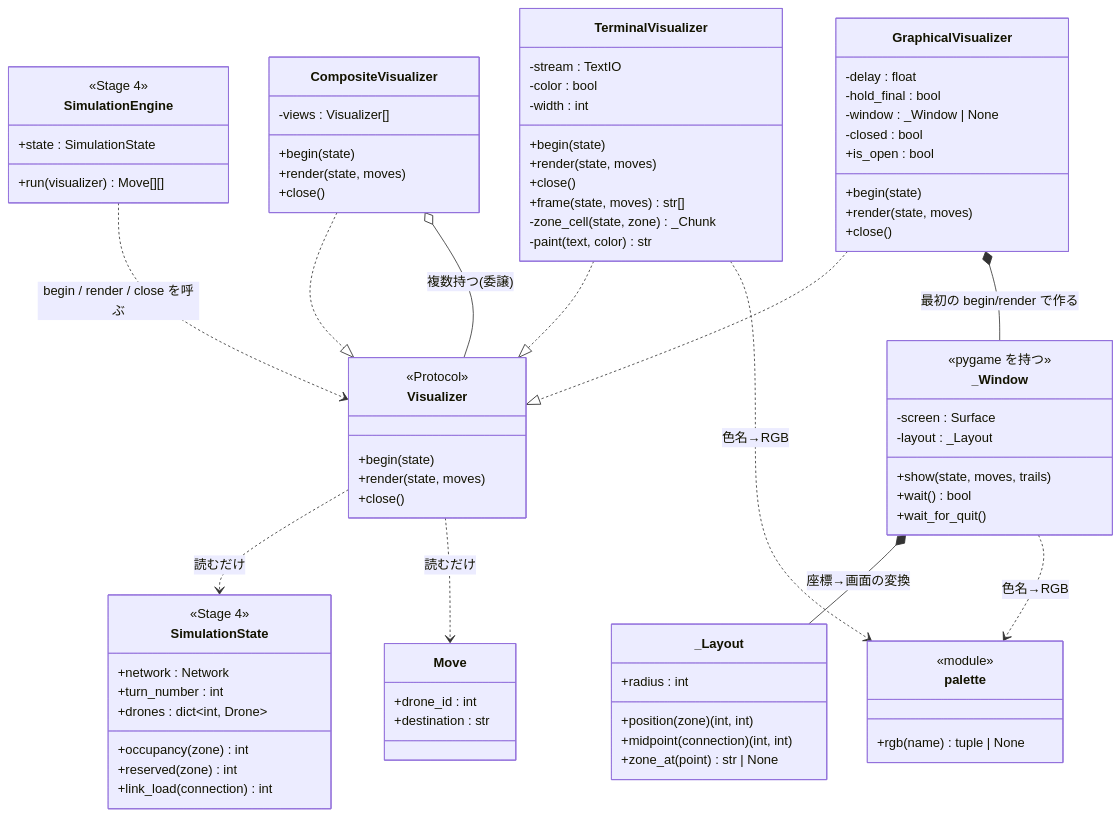
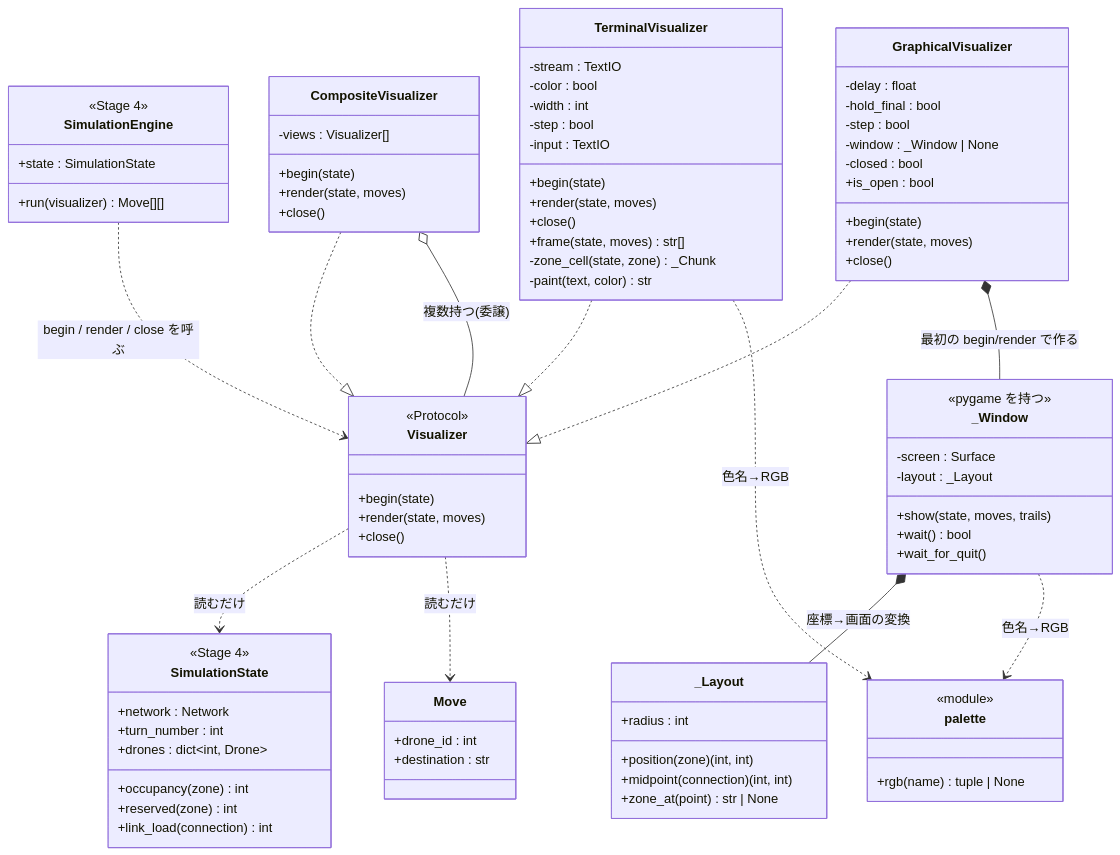
One commit to saikawakiruya-droid/fly_in changed the first of 3 diagrams in docs/research/2026-10-17_workflow-stage7-visualization.md. Above: the diagram before and after it, drawn with Mermaid. The commit also changed other lines of this file and 1 other file, not shown here.

Commit message:
Record the 2026-10-18 visualization decisions: y up, step mode, CLI defaults

```diff
--- a/docs/research/2026-10-17_workflow-stage7-visualization.md
+++ b/docs/research/2026-10-17_workflow-stage7-visualization.md
@@ -93,6 +93,8 @@
         -stream : TextIO
         -color : bool
         -width : int
+        -step : bool
+        -input : TextIO
         +begin(state)
         +render(state, moves)
         +close()
@@ -103,6 +105,7 @@
     class GraphicalVisualizer {
         -delay : float
         -hold_final : bool
+        -step : bool
         -window : _Window | None
         -closed : bool
         +begin(state)
```
